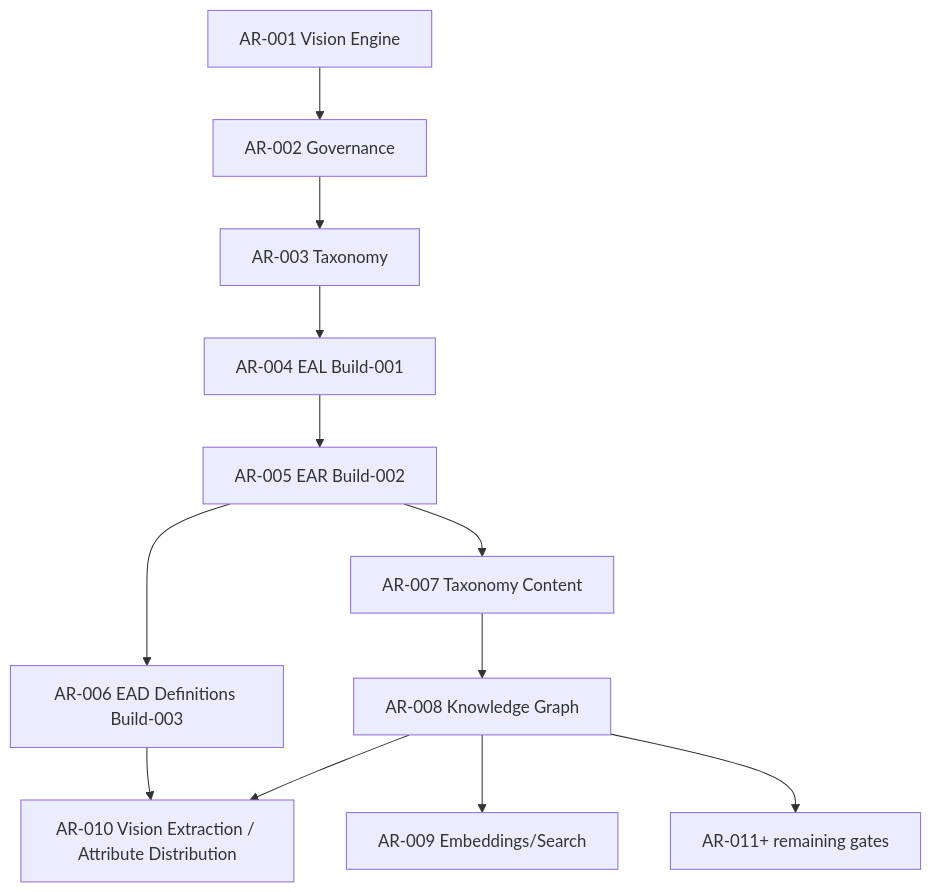
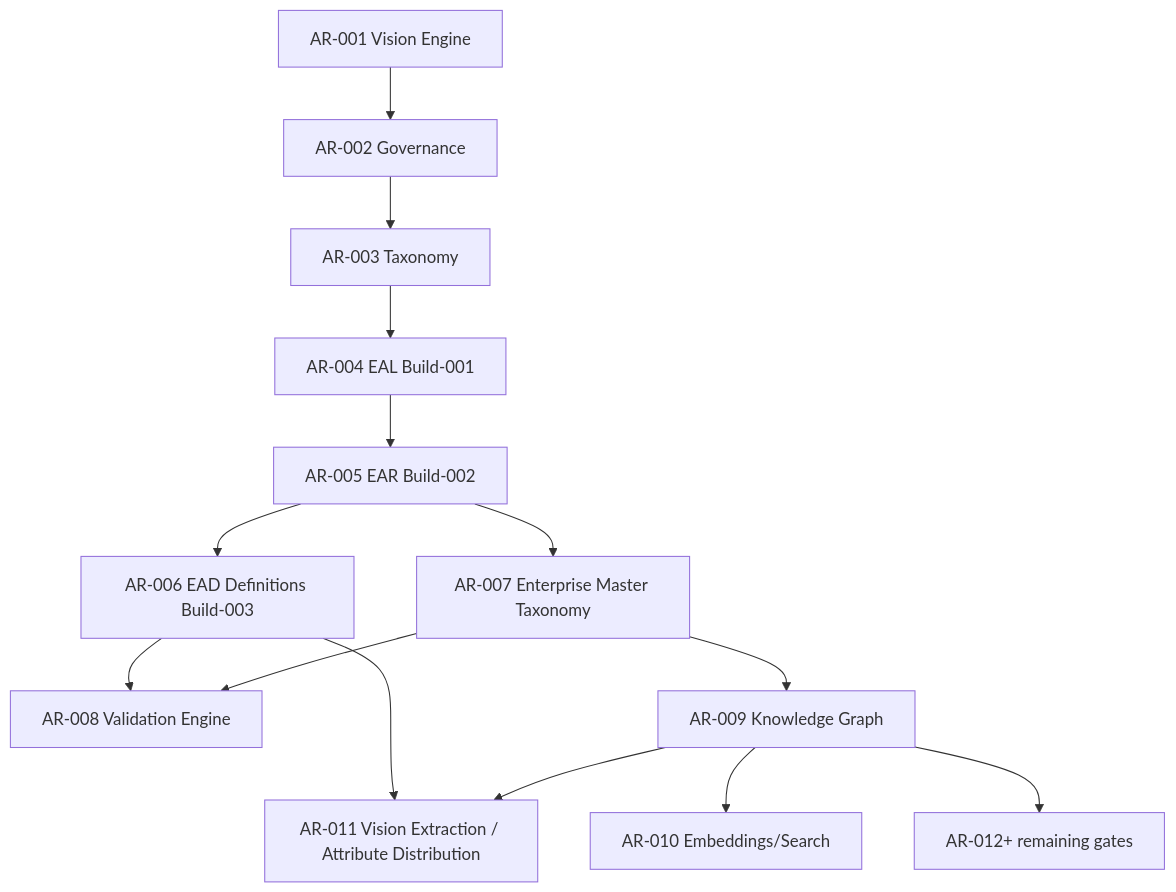
Before and after one commit to lexvoraconsulting-lab/The-Baking-Kaur: the fourth of 4 diagrams in docs/30_Enterprise_Program_Roadmap/Enterprise_Program_Roadmap_v1.md, drawn with Mermaid. The commit also changed other lines of this file and 3 other files, not shown here.

Commit message:
docs(roadmap): ADR-0007 resequence Build-005..007, insert Validation Engine

````diff
--- a/docs/30_Enterprise_Program_Roadmap/Enterprise_Program_Roadmap_v1.md
+++ b/docs/30_Enterprise_Program_Roadmap/Enterprise_Program_Roadmap_v1.md
@@ -522,14 +556,16 @@
 ```mermaid
 graph TD
     AR001[AR-001 Vision Engine] --> AR002[AR-002 Governance]
     AR002 --> AR003[AR-003 Taxonomy]
     AR003 --> AR004[AR-004 EAL Build-001]
     AR004 --> AR005[AR-005 EAR Build-002]
     AR005 --> AR006[AR-006 EAD Definitions Build-003]
-    AR005 --> AR007[AR-007 Taxonomy Content]
-    AR007 --> AR008[AR-008 Knowledge Graph]
-    AR008 --> AR009[AR-009 Embeddings/Search]
-    AR006 --> AR010[AR-010 Vision Extraction / Attribute Distribution]
-    AR008 --> AR010
-    AR008 --> AR011[AR-011+ remaining gates]
+    AR005 --> AR007[AR-007 Enterprise Master Taxonomy]
+    AR006 --> AR008[AR-008 Validation Engine]
+    AR007 --> AR008
+    AR007 --> AR009[AR-009 Knowledge Graph]
+    AR009 --> AR010[AR-010 Embeddings/Search]
+    AR006 --> AR011[AR-011 Vision Extraction / Attribute Distribution]
+    AR009 --> AR011
+    AR009 --> AR012[AR-012+ remaining gates]
 ```
````
